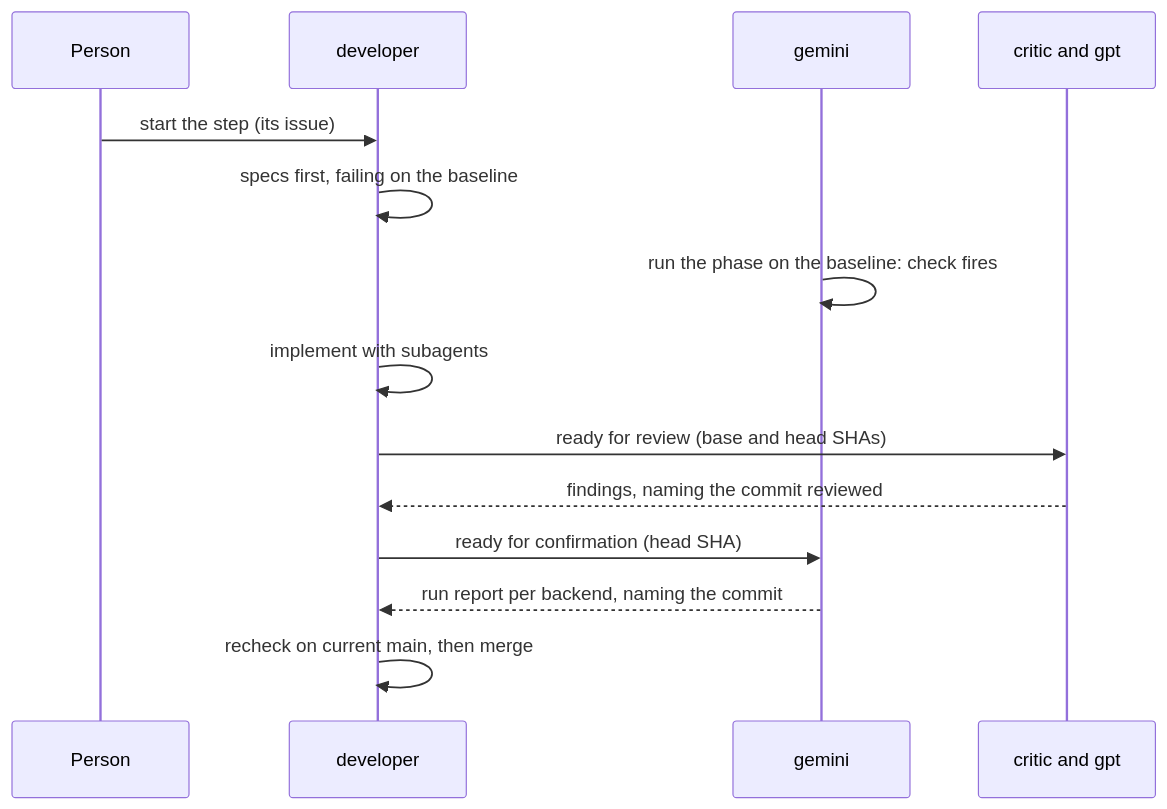
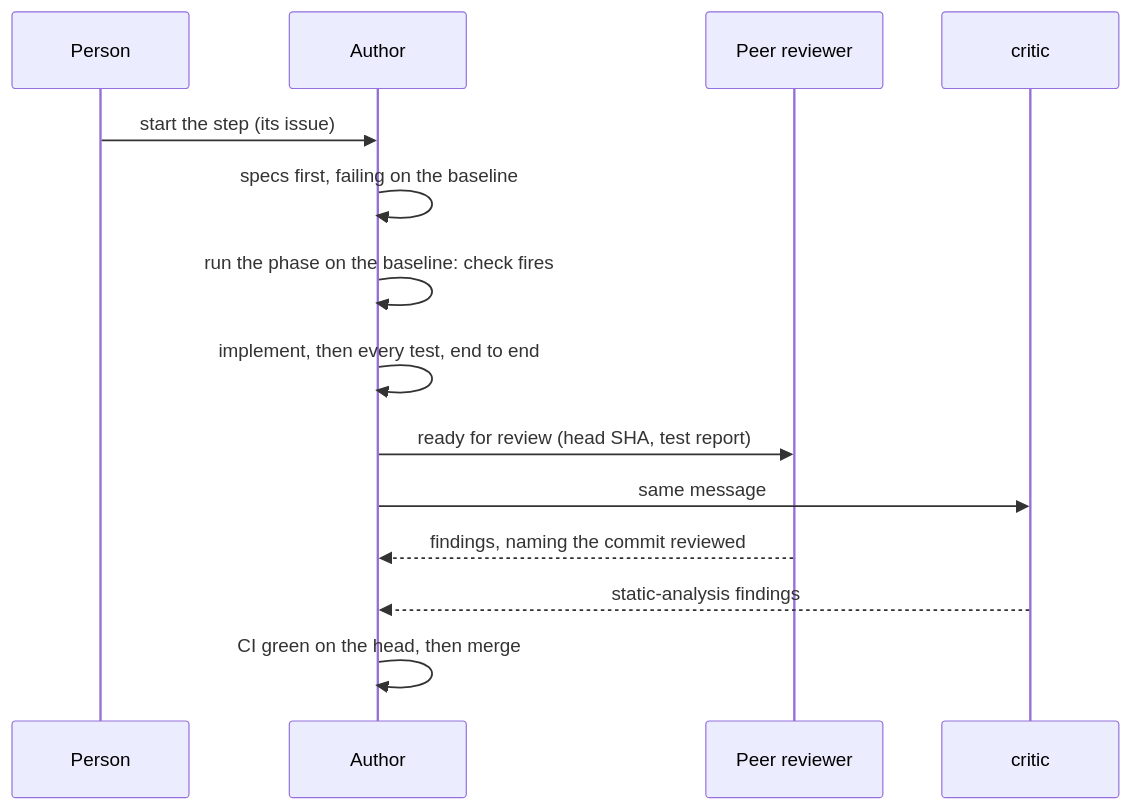
One commit to HJeon139/postbox changed the second of 2 diagrams in designs/508/execution-plan.md. Above: the diagram before and after it, drawn with Mermaid. The commit also changed other lines of this file and 1 other file, not shown here.

Commit message:
docs(508): developers peer review each other and test their own changes; critic does static analysis

````diff
--- a/designs/508/execution-plan.md
+++ b/designs/508/execution-plan.md
@@ -52,16 +52,16 @@
 ```mermaid
 sequenceDiagram
   participant P as Person
-  participant D as developer
-  participant G as gemini
-  participant R as critic and gpt
-  P->>D: start the step (its issue)
-  D->>D: specs first, failing on the baseline
-  G->>G: run the phase on the baseline: check fires
-  D->>D: implement with subagents
-  D->>R: ready for review (base and head SHAs)
-  R-->>D: findings, naming the commit reviewed
-  D->>G: ready for confirmation (head SHA)
-  G-->>D: run report per backend, naming the commit
-  D->>D: recheck on current main, then merge
+  participant A as Author
+  participant V as Peer reviewer
+  participant C as critic
+  P->>A: start the step (its issue)
+  A->>A: specs first, failing on the baseline
+  A->>A: run the phase on the baseline: check fires
+  A->>A: implement, then every test, end to end
+  A->>V: ready for review (head SHA, test report)
+  A->>C: same message
+  V-->>A: findings, naming the commit reviewed
+  C-->>A: static-analysis findings
+  A->>A: CI green on the head, then merge
 ```
````
